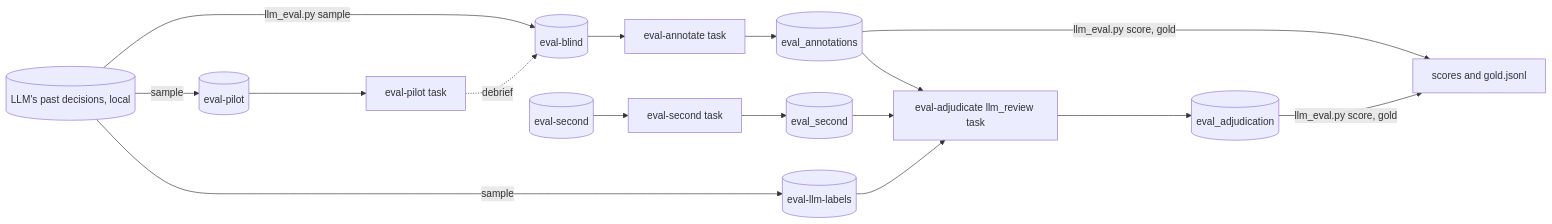
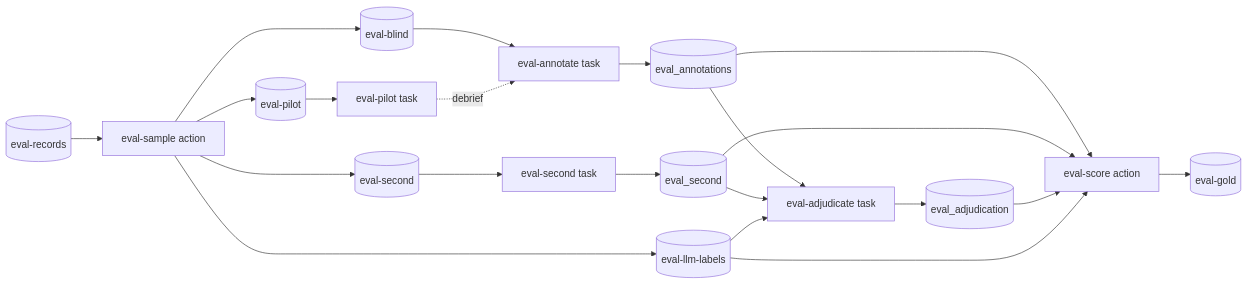
One commit to explosion/ellf-templates changed the diagram in llm-classifier-eval/README.md. Above: the diagram before and after it, drawn with Mermaid. The commit also changed other lines of this file and 15 other files, not shown here.

First line of the commit message:
Run llm-classifier-eval entirely on the cluster

````diff
--- a/llm-classifier-eval/README.md
+++ b/llm-classifier-eval/README.md
@@ -24,17 +26,17 @@
 ```mermaid
 flowchart LR
     accTitle: Evaluating an LLM classifier
-    accDescr: The LLM's past decisions are sampled locally into blind texts and the LLM's labels for them. A pilot task settles the definitions, the annotation task labels the whole sample, and an optional second annotator labels a subset for agreement. The llm_review recipe shows every text where people and the LLM disagree with all the answers side by side, and a script scores the LLM against the settled labels and writes a gold set for re-scoring prompt changes.
-    records[(LLM's past decisions, local)] -- llm_eval.py sample --> blind[(eval-blind)]
-    records -- sample --> pilot[(eval-pilot)]
-    records -- sample --> llm[(eval-llm-labels)]
-    pilot --> ptask[eval-pilot task]
-    ptask -. debrief .-> blind
-    blind --> atask[eval-annotate task]
-    second[(eval-second)] --> stask[eval-second task]
+    accDescr: The LLM's published decisions are sampled by an action into a blind sample, a pilot and a second-annotator subset for the annotation tasks, and a sample with the LLM's labels and weights. A pilot settles the definitions, the main task labels the whole sample blind, and an optional second annotator labels a subset. A review task settles every disagreement with the LLM, and a scoring action reports the LLM's accuracy and writes a gold set.
+    records[(eval-records)] --> sample[eval-sample action]
+    sample --> pilot[(eval-pilot)] --> ptask[eval-pilot task]
+    sample --> blind[(eval-blind)] --> atask[eval-annotate task]
+    sample --> second[(eval-second)] --> stask[eval-second task]
+    sample --> llm[(eval-llm-labels)]
+    ptask -. debrief .-> atask
     atask --> ads[(eval_annotations)]
     stask --> sds[(eval_second)]
-    ads & sds & llm --> jtask[eval-adjudicate llm_review task]
-    jtask --> jds[(eval_adjudication)]
-    ads & jds -- llm_eval.py score, gold --> report[scores and gold.jsonl]
+    ads & sds & llm --> review[eval-adjudicate task]
+    review --> jds[(eval_adjudication)]
+    ads & sds & jds & llm --> score[eval-score action]
+    score --> gold[(eval-gold)]
 ```
````
